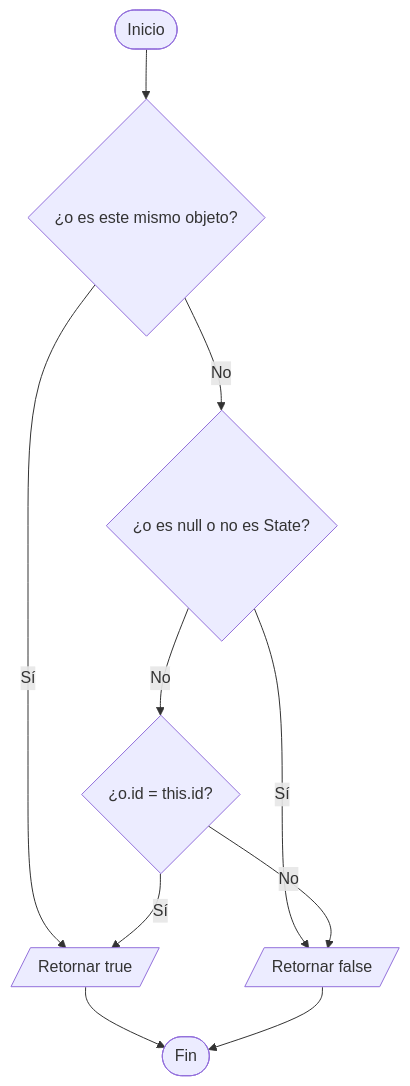
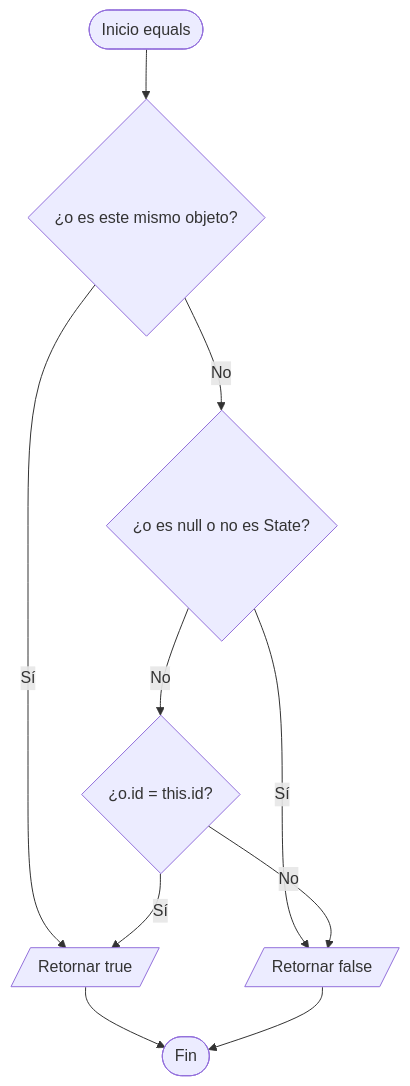
One commit to Leosanlo30/RegEx-to-DFA-Visualizer changed the first of 9 diagrams in docs/diagramas/07-modelo-automatas.md. Above: the diagram before and after it, drawn with Mermaid. The commit also changed other lines of this file and 10 other files, not shown here.

Commit message:
docs: alinear diagramas de flujo con UML.md y REQUIREMENTS.md

````diff
--- a/docs/diagramas/07-modelo-automatas.md
+++ b/docs/diagramas/07-modelo-automatas.md
@@ -56,12 +11,12 @@
 ```mermaid
 flowchart TD
-    A([Inicio]) --> B{¿o es este mismo objeto?}
+    A([Inicio equals]) --> B{¿o es este mismo objeto?}
     B -- Sí --> T[/Retornar true/]
     B -- No --> C{¿o es null o no es State?}
     C -- Sí --> F[/Retornar false/]
     C -- No --> D{¿o.id = this.id?}
     D -- Sí --> T
     D -- No --> F
     T --> Z([Fin])
     F --> Z
 ```
````
